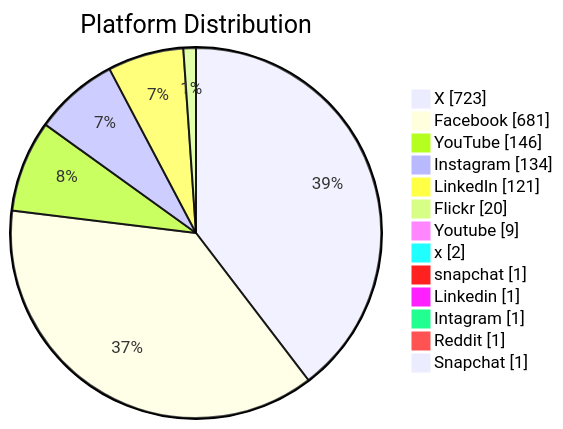
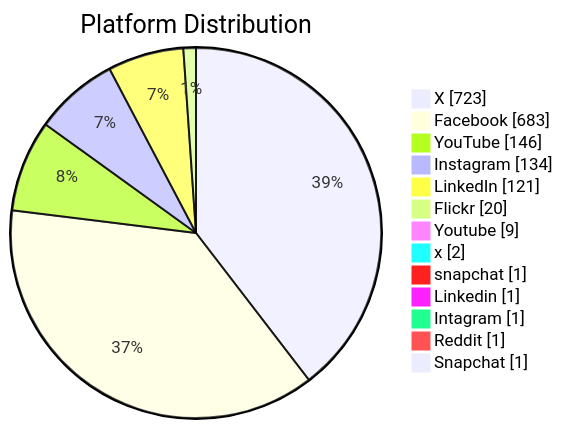
One commit to PatLittle/GC-Socials changed the second of 6 diagrams in README.md. Above: the diagram before and after it, drawn with Mermaid. The commit also changed other lines of this file, not shown here.

Commit message:
Update README with Platform Distribution pie chart

````diff
--- a/README.md
+++ b/README.md
@@ -46,16 +46,16 @@
 ```mermaid
 pie showData title Platform Distribution
     "X": 723
-    "Facebook": 681
+    "Facebook": 683
     "YouTube": 146
     "Instagram": 134
     "LinkedIn": 121
     "Flickr": 20
     "Youtube": 9
     "x": 2
     "snapchat": 1
     "Linkedin": 1
     "Intagram": 1
     "Reddit": 1
     "Snapchat": 1
 ```
````
